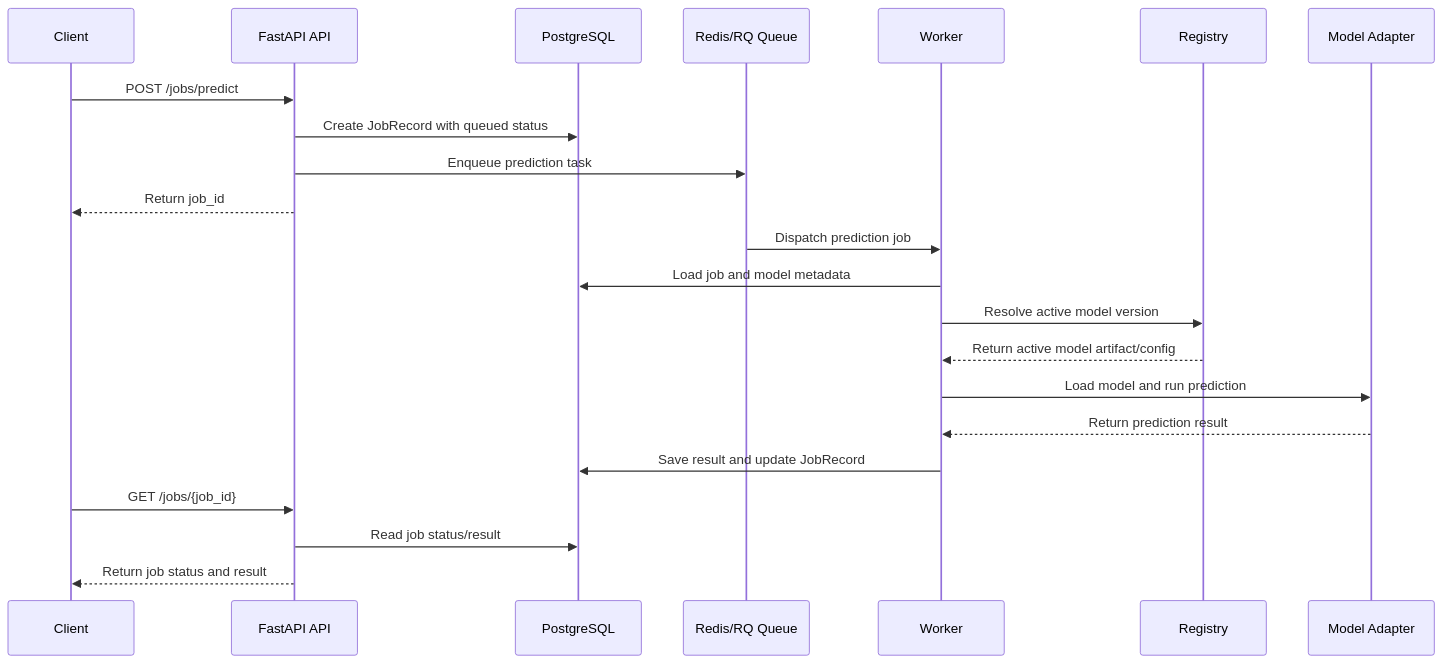
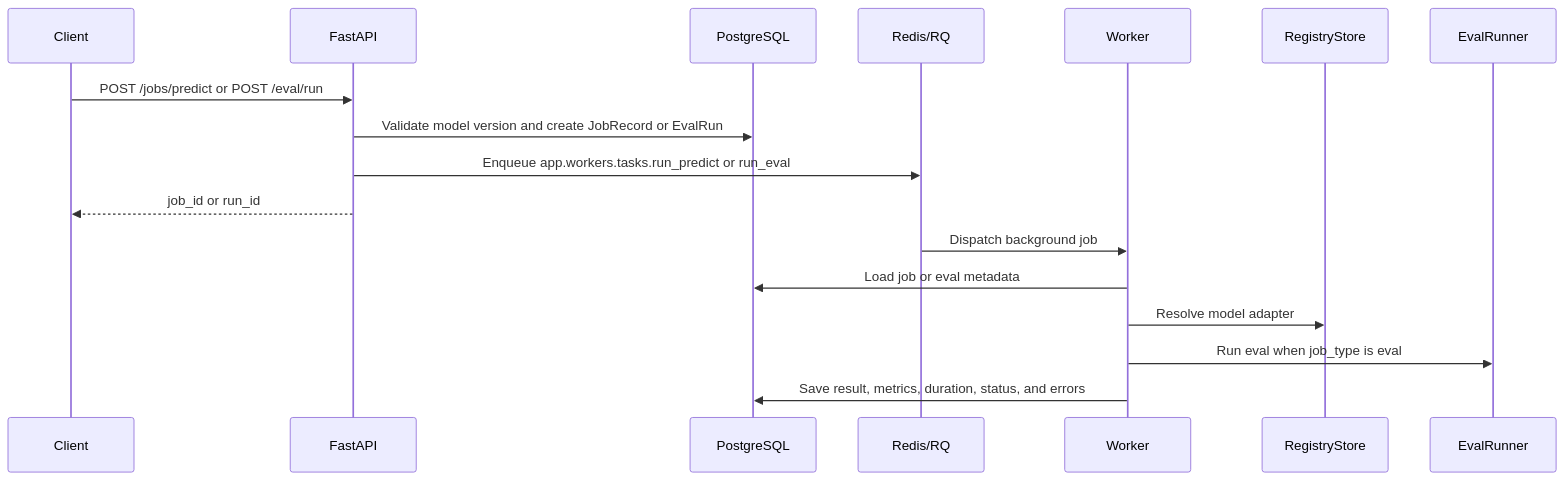
The fifth of 7 diagrams in docs/architecture_diagram.md (Notskx1950/AtlasML), drawn with Mermaid before and after one commit. The commit also changed other lines of this file and 2 other files, not shown here.

````diff
--- a/docs/architecture_diagram.md
+++ b/docs/architecture_diagram.md
@@ -38,27 +149,21 @@
 ```mermaid
 sequenceDiagram
     participant C as Client
-    participant API as FastAPI API
+    participant API as FastAPI
     participant DB as PostgreSQL
-    participant Q as Redis/RQ Queue
+    participant Q as Redis/RQ
     participant W as Worker
-    participant R as Registry
-    participant M as Model Adapter
+    participant Store as RegistryStore
+    participant Runner as EvalRunner
 
-    C->>API: POST /jobs/predict
-    API->>DB: Create JobRecord with queued status
-    API->>Q: Enqueue prediction task
-    API-->>C: Return job_id
+    C->>API: POST /jobs/predict or POST /eval/run
+    API->>DB: Validate model version and create JobRecord or EvalRun
+    API->>Q: Enqueue app.workers.tasks.run_predict or run_eval
+    API-->>C: job_id or run_id
 
-    Q->>W: Dispatch prediction job
-    W->>DB: Load job and model metadata
-    W->>R: Resolve active model version
-    R-->>W: Return active model artifact/config
-    W->>M: Load model and run prediction
-    M-->>W: Return prediction result
-
-    W->>DB: Save result and update JobRecord
-    C->>API: GET /jobs/{job_id}
-    API->>DB: Read job status/result
-    API-->>C: Return job status and result
+    Q->>W: Dispatch background job
+    W->>DB: Load job or eval metadata
+    W->>Store: Resolve model adapter
+    W->>Runner: Run eval when job_type is eval
+    W->>DB: Save result, metrics, duration, status, and errors
 ```
````
